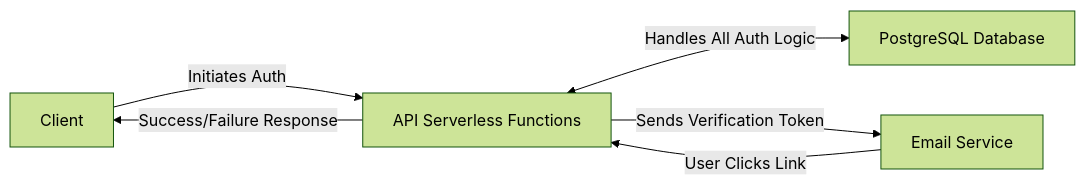
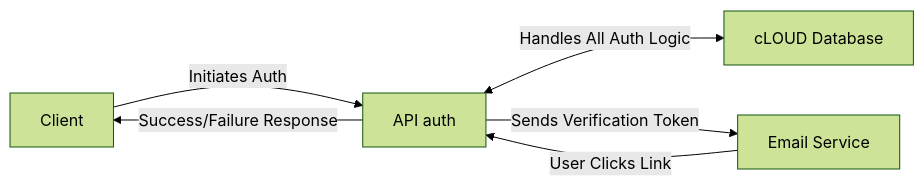
Before and after one commit to Santiago01011/TDL_auth_api: the diagram in README.md, drawn with Mermaid (forest theme).

````diff
--- a/README.md
+++ b/README.md
@@ -51,8 +51,8 @@
 ```mermaid
 graph LR;
-    A["Client"]-->|"Initiates Auth"| B["API Serverless Functions"]
-    B<-->|"Handles All Auth Logic"| C["PostgreSQL Database"]
+    A["Client"]-->|"Initiates Auth"| B["API auth"]
+    B<-->|"Handles All Auth Logic"| C["cLOUD Database"]
     B-->|"Sends Verification Token"| D["Email Service"]
     D-->|"User Clicks Link"| B
     B-->|"Success/Failure Response"| A
 ```
````
